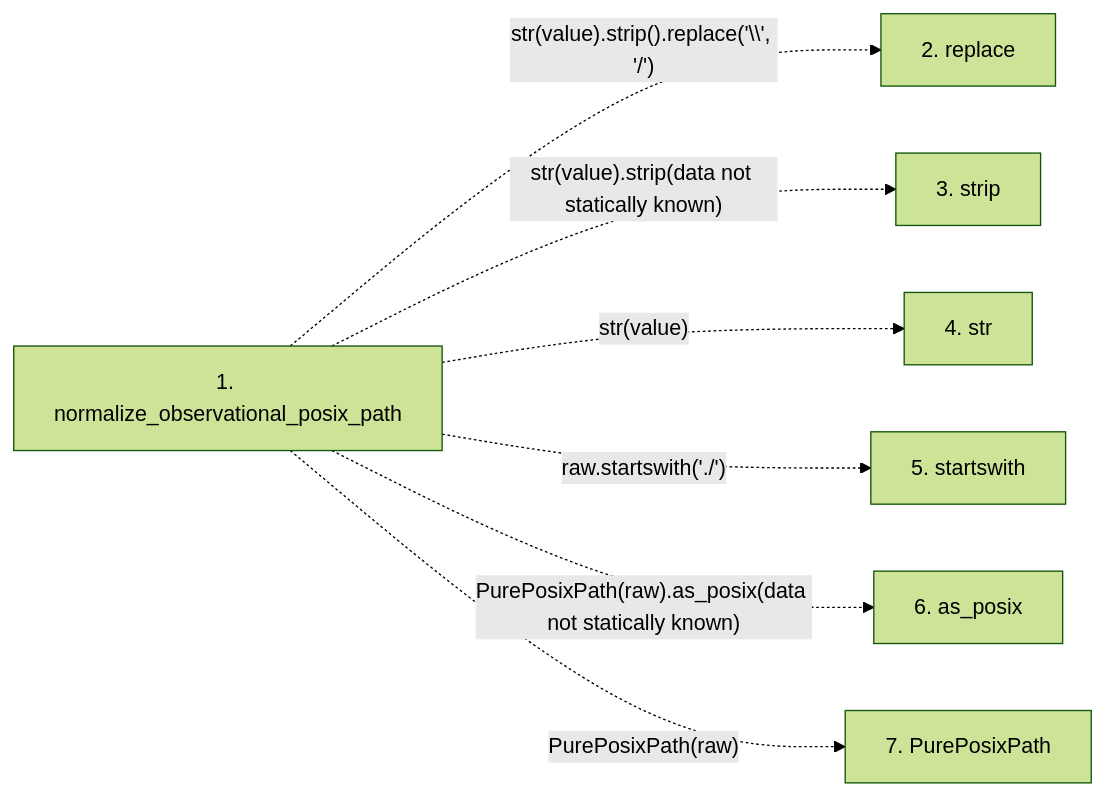
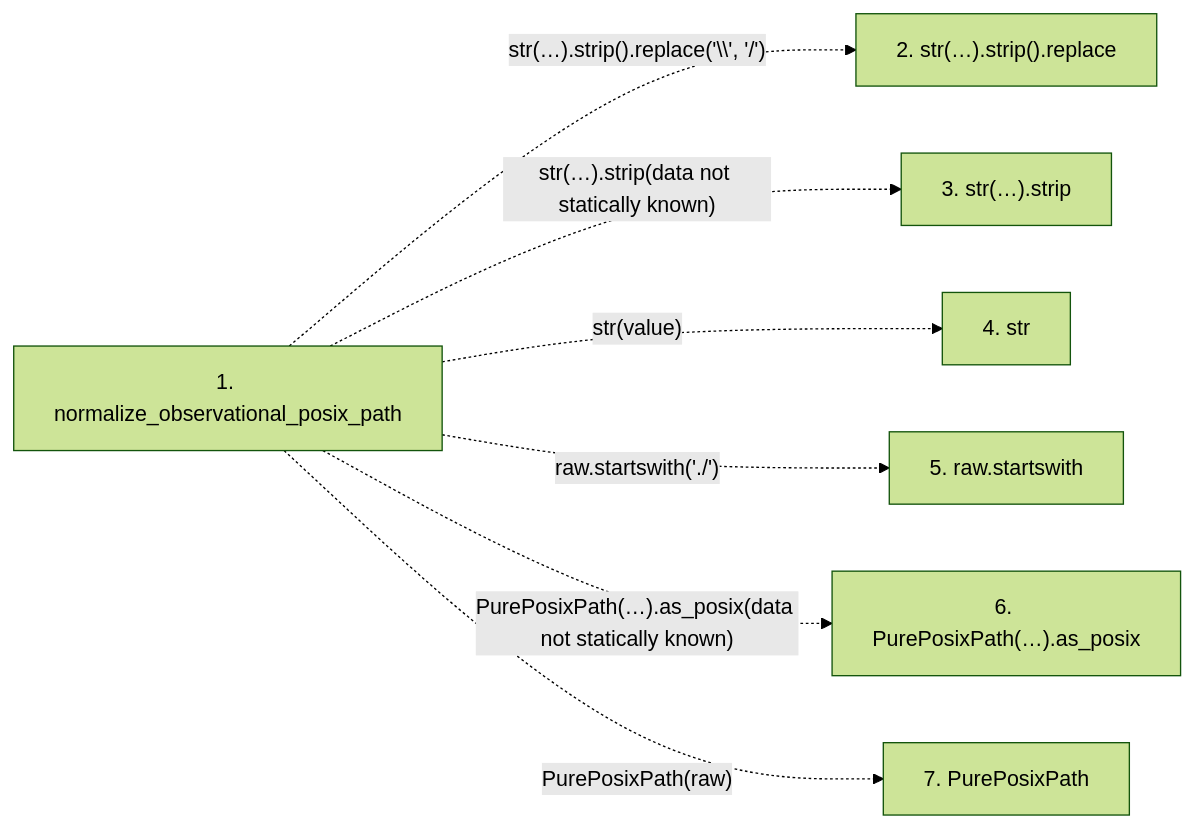
The second of 2 diagrams in docs/llm_wiki/flows/api-normalize_observational_posix_path.md (Denissvgn/python-wiki-llm), drawn with Mermaid (forest theme) before and after one commit. The commit also changed other lines of this file and 719 other files, not shown here.

````diff
--- a/docs/llm_wiki/flows/api-normalize_observational_posix_path.md
+++ b/docs/llm_wiki/flows/api-normalize_observational_posix_path.md
@@ -30,17 +30,17 @@
 ```mermaid
 flowchart LR
     s1["1. normalize_observational_posix_path"]
-    s2["2. replace"]
-    s3["3. strip"]
+    s2["2. str(…).strip().replace"]
+    s3["3. str(…).strip"]
     s4["4. str"]
-    s5["5. startswith"]
-    s6["6. as_posix"]
+    s5["5. raw.startswith"]
+    s6["6. PurePosixPath(…).as_posix"]
     s7["7. PurePosixPath"]
-    s1 -. "str(value).strip().replace('\\', '/')" .-> s2
-    s1 -. "str(value).strip(data not statically known)" .-> s3
+    s1 -. "str(…).strip().replace('\\', '/')" .-> s2
+    s1 -. "str(…).strip(data not statically known)" .-> s3
     s1 -. "str(value)" .-> s4
     s1 -. "raw.startswith('./')" .-> s5
-    s1 -. "PurePosixPath(raw).as_posix(data not statically known)" .-> s6
+    s1 -. "PurePosixPath(…).as_posix(data not statically known)" .-> s6
     s1 -. "PurePosixPath(raw)" .-> s7
     click s1 "../modules/validation.md"
 ```
````
